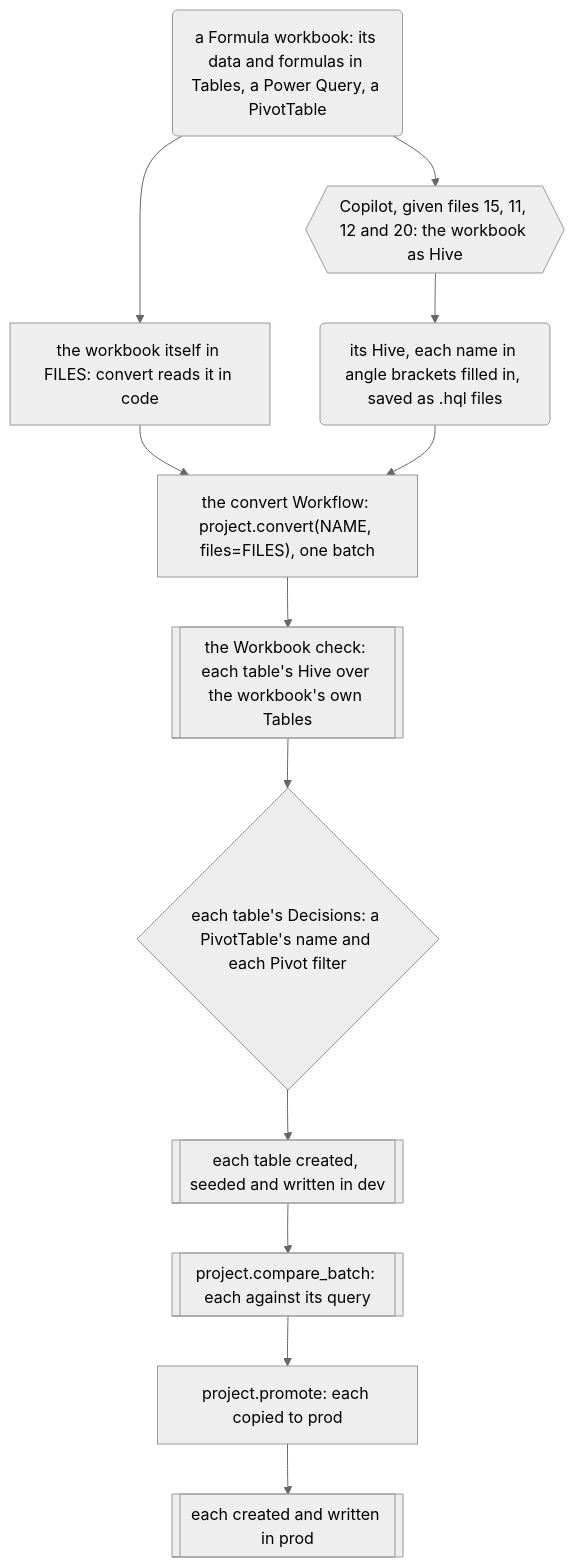
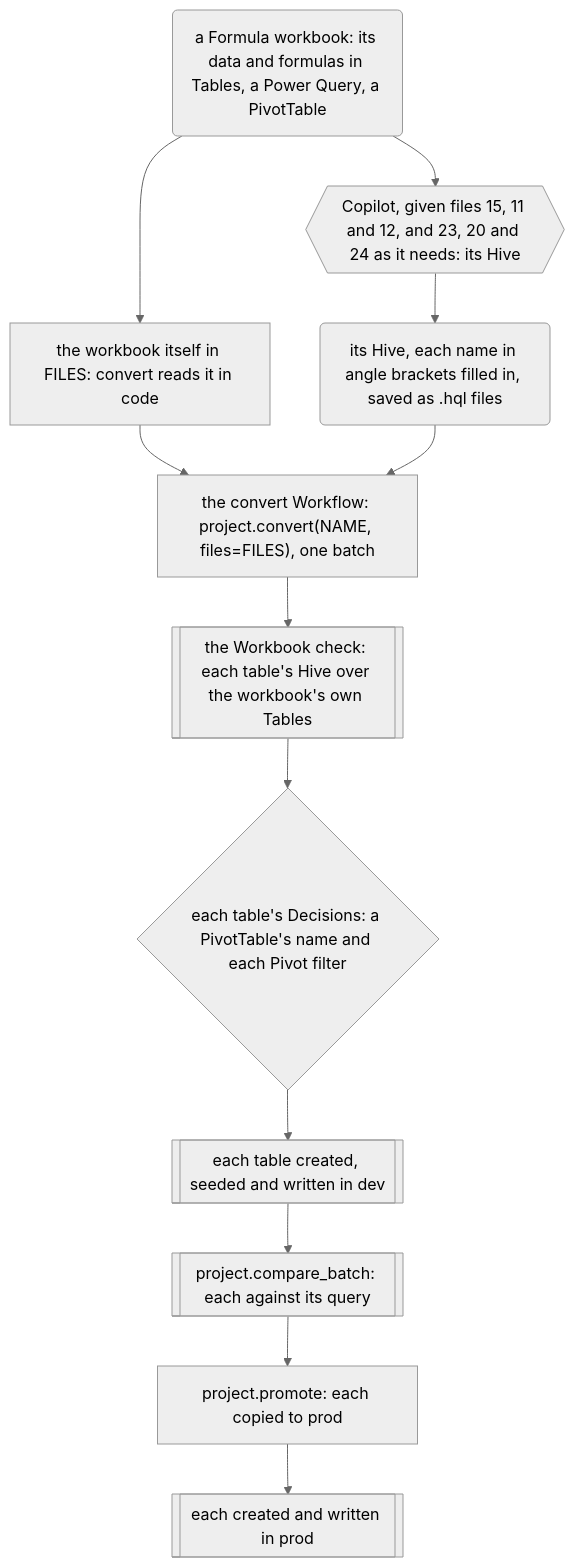
One commit to EdgyPage/SQL-Composer changed the ninth of 9 diagrams in docs/clean-branch-readme.md. Above: the diagram before and after it, drawn with Mermaid (neutral theme). The commit also changed other lines of this file and 12 other files, not shown here.

````diff
--- a/docs/clean-branch-readme.md
+++ b/docs/clean-branch-readme.md
@@ -1734,17 +1735,17 @@
 ```mermaid
 flowchart TD
     workbook("a Formula workbook: its data and formulas in Tables, a Power Query, a PivotTable")
     code["the workbook itself in FILES: convert reads it in code"]
-    copilot{{"Copilot, given files 15, 11, 12 and 20: the workbook as Hive"}}
+    copilot{{"Copilot, given files 15, 11 and 12, and 23, 20 and 24 as it needs: its Hive"}}
     scripts("its Hive, each name in angle brackets filled in, saved as .hql files")
     convert["the convert Workflow: project.convert(NAME, files=FILES), one batch"]
     check[["the Workbook check: each table's Hive over the workbook's own Tables"]]
     decisions{"each table's Decisions: a PivotTable's name and each Pivot filter"}
     dev[["each table created, seeded and written in dev"]]
     compare[["project.compare_batch: each against its query"]]
     promote["project.promote: each copied to prod"]
     prod[["each created and written in prod"]]
     workbook --> code --> convert
     workbook --> copilot --> scripts --> convert
     convert --> check --> decisions --> dev --> compare --> promote --> prod
 ```
````
